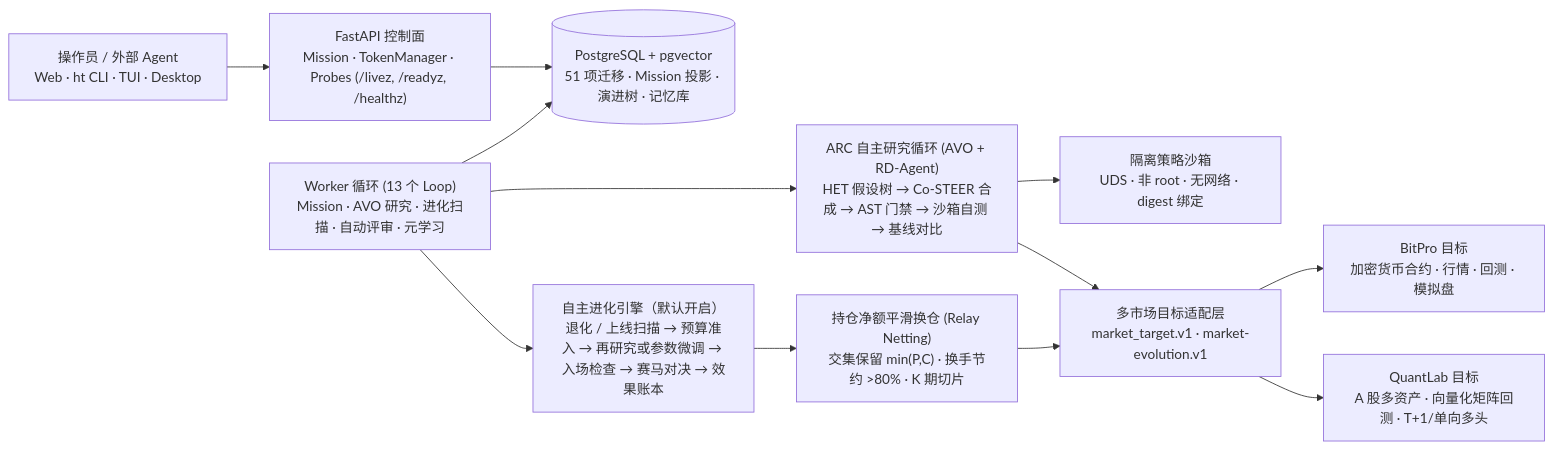
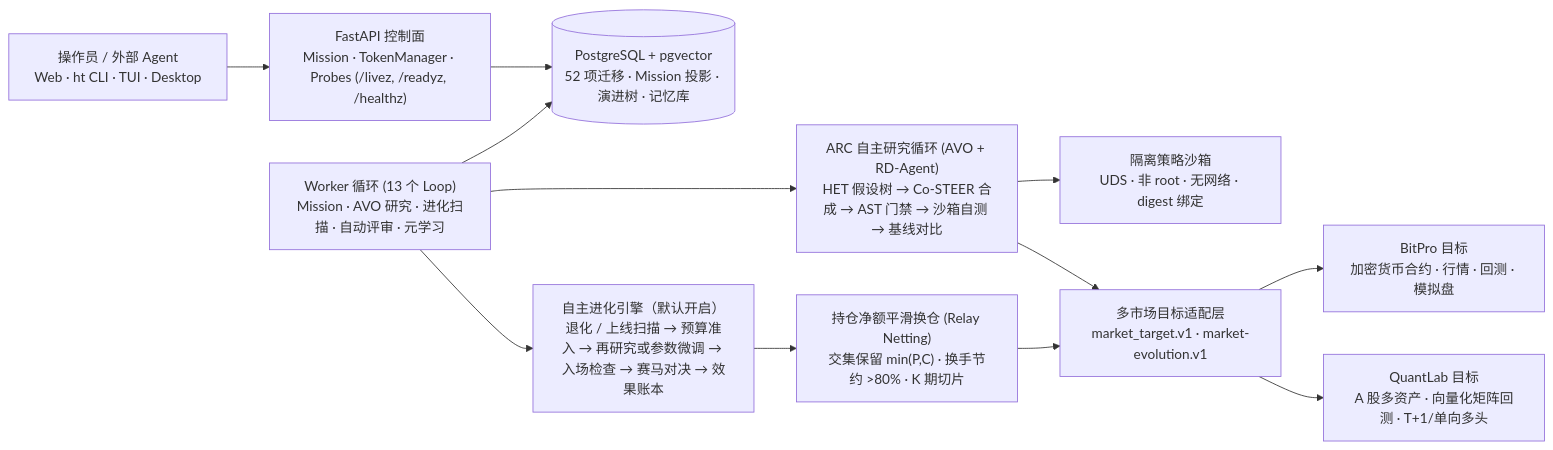
Before and after one commit to Shadowell/HyperTrade: the first of 2 diagrams in README.zh-CN.md, drawn with Mermaid. The commit also changed other lines of this file and 5 other files, not shown here.

````diff
--- a/README.zh-CN.md
+++ b/README.zh-CN.md
@@ -55,14 +55,14 @@
 ```mermaid
 flowchart LR
   Op["操作员 / 外部 Agent<br/>Web · ht CLI · TUI · Desktop"] --> API["FastAPI 控制面<br/>Mission · TokenManager · Probes (/livez, /readyz, /healthz)"]
-  API --> DB[("PostgreSQL + pgvector<br/>51 项迁移 · Mission 投影 · 演进树 · 记忆库")]
+  API --> DB[("PostgreSQL + pgvector<br/>52 项迁移 · Mission 投影 · 演进树 · 记忆库")]
   Worker["Worker 循环 (13 个 Loop)<br/>Mission · AVO 研究 · 进化扫描 · 自动评审 · 元学习"] --> DB
   Worker --> Research["ARC 自主研究循环 (AVO + RD-Agent)<br/>HET 假设树 → Co-STEER 合成 → AST 门禁 → 沙箱自测 → 基线对比"]
   Worker --> Evolution["自主进化引擎（默认开启）<br/>退化 / 上线扫描 → 预算准入 → 再研究或参数微调 → 入场检查 → 赛马对决 → 效果账本"]
   Research --> Sandbox["隔离策略沙箱<br/>UDS · 非 root · 无网络 · digest 绑定"]
   Research --> Targets["多市场目标适配层<br/>market_target.v1 · market-evolution.v1"]
   Evolution --> Relay["持仓净额平滑换仓 (Relay Netting)<br/>交集保留 min(P,C) · 换手节约 >80% · K 期切片"]
   Relay --> Targets
   Targets --> BitPro["BitPro 目标<br/>加密货币合约 · 行情 · 回测 · 模拟盘"]
   Targets --> QuantLab["QuantLab 目标<br/>A 股多资产 · 向量化矩阵回测 · T+1/单向多头"]
 ```
````
